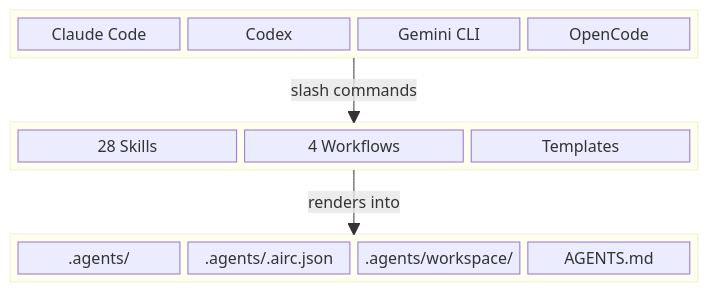
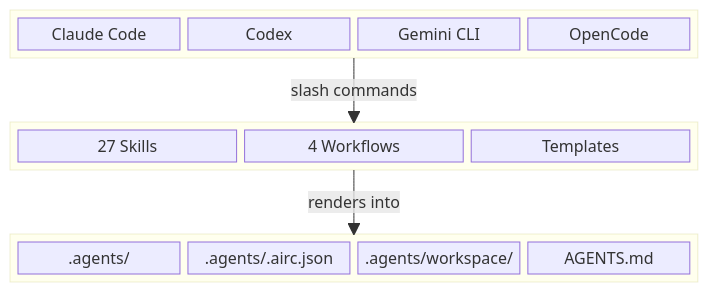
The diagram in README.md (fitlab-ai/agent-infra), drawn with Mermaid before and after one commit. The commit also changed other lines of this file and 64 other files, not shown here.

````diff
--- a/README.md
+++ b/README.md
@@ -190,26 +190,26 @@
 ```mermaid
 block-beta
     columns 4
 
     block:tui:4
         columns 4
         claude["Claude Code"] codex["Codex"] gemini["Gemini CLI"] opencode["OpenCode"]
     end
 
     space:4
 
     block:shared:4
         columns 3
-        skills["28 Skills"] workflows["4 Workflows"] templates["Templates"]
+        skills["27 Skills"] workflows["4 Workflows"] templates["Templates"]
     end
 
     space:4
 
     block:project:4
         columns 4
         agents[".agents/"] config[".agents/.airc.json"] workspace[".agents/workspace/"] governance["AGENTS.md"]
     end
 
     tui -- "slash commands" --> shared
     shared -- "renders into" --> project
 ```
````
